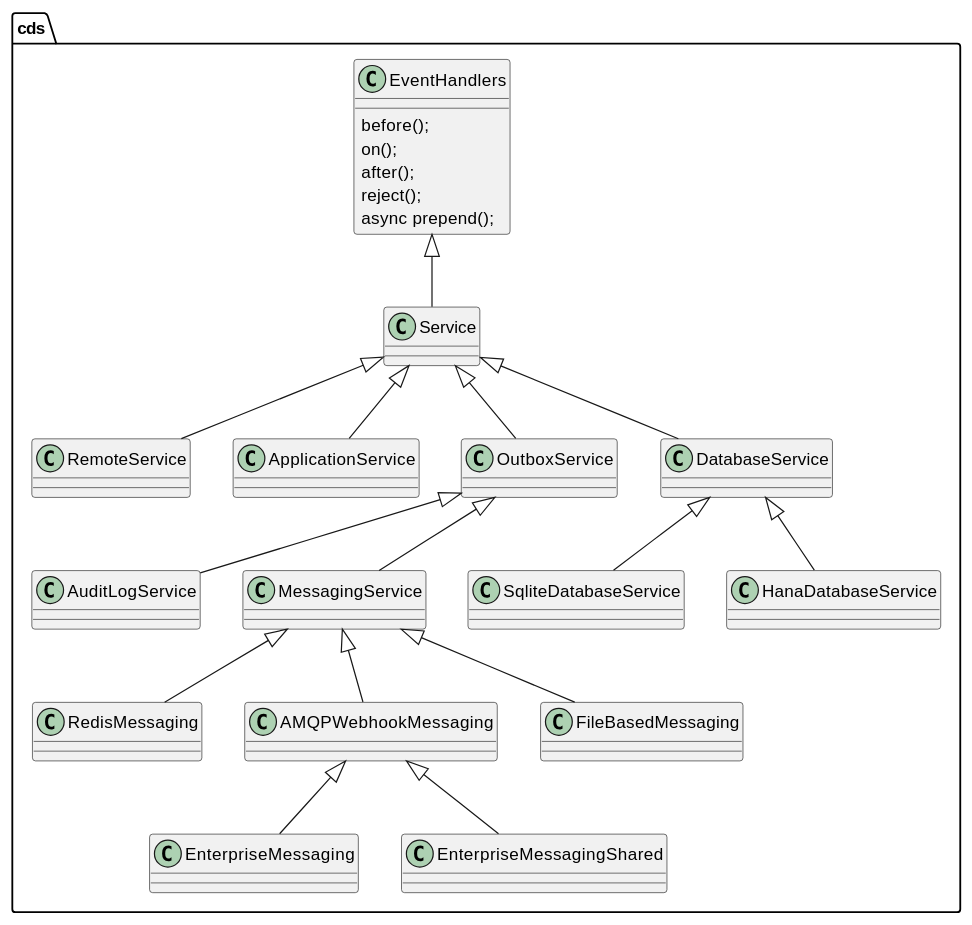
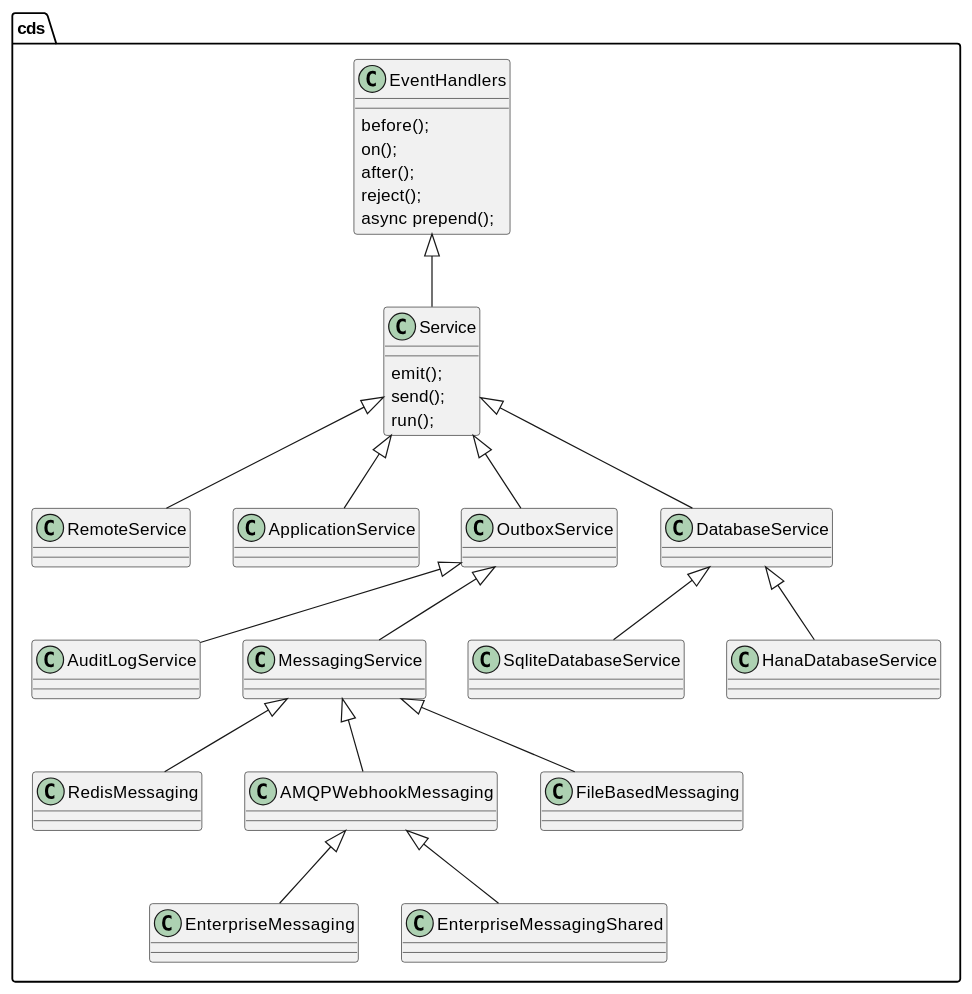
Before and after one commit to Soontao/presentations: the diagram in src/node/cap/cap-arch.md, drawn with PlantUML. The commit also changed other lines of this file and 1 other file, not shown here.

````diff
--- a/src/node/cap/cap-arch.md
+++ b/src/node/cap/cap-arch.md
@@ -19,39 +21,43 @@
 ```plantuml
 @startuml
 class cds.EventHandlers {
   before();
   on();
   after();
   reject();
   async prepend();
 }
-class cds.Service {}
+class cds.Service {
+  emit();
+  send();
+  run();
+}
 class cds.RemoteService
 class cds.ApplicationService
 class cds.OutboxService
 class cds.AuditLogService
 class cds.MessagingService
 class cds.RedisMessaging
 class cds.EnterpriseMessaging
 class cds.EnterpriseMessagingShared
 class cds.AMQPWebhookMessaging
 class cds.FileBasedMessaging
 class cds.SqliteDatabaseService
 class cds.HanaDatabaseService
 
 cds.EventHandlers <|-- cds.Service
 cds.Service <|-- cds.ApplicationService
 cds.Service <|-- cds.DatabaseService
 cds.Service <|-- cds.OutboxService
 cds.Service <|-- cds.RemoteService
 cds.OutboxService <|-- cds.MessagingService
 cds.OutboxService <|-- cds.AuditLogService
 cds.MessagingService <|-- cds.RedisMessaging
 cds.MessagingService <|-- cds.FileBasedMessaging
 cds.MessagingService <|-- cds.AMQPWebhookMessaging
 cds.AMQPWebhookMessaging <|-- cds.EnterpriseMessaging
 cds.AMQPWebhookMessaging <|-- cds.EnterpriseMessagingShared
 cds.DatabaseService <|-- cds.SqliteDatabaseService
 cds.DatabaseService <|-- cds.HanaDatabaseService
 @enduml
 ```
````
